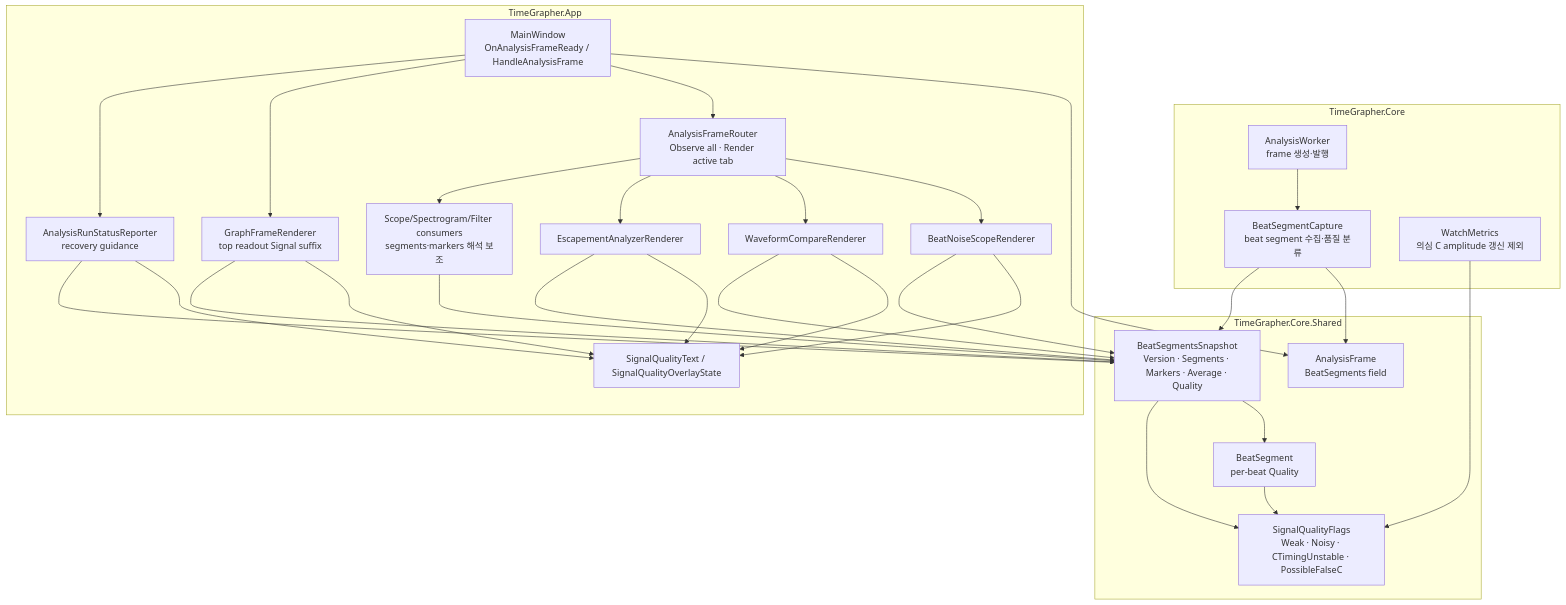
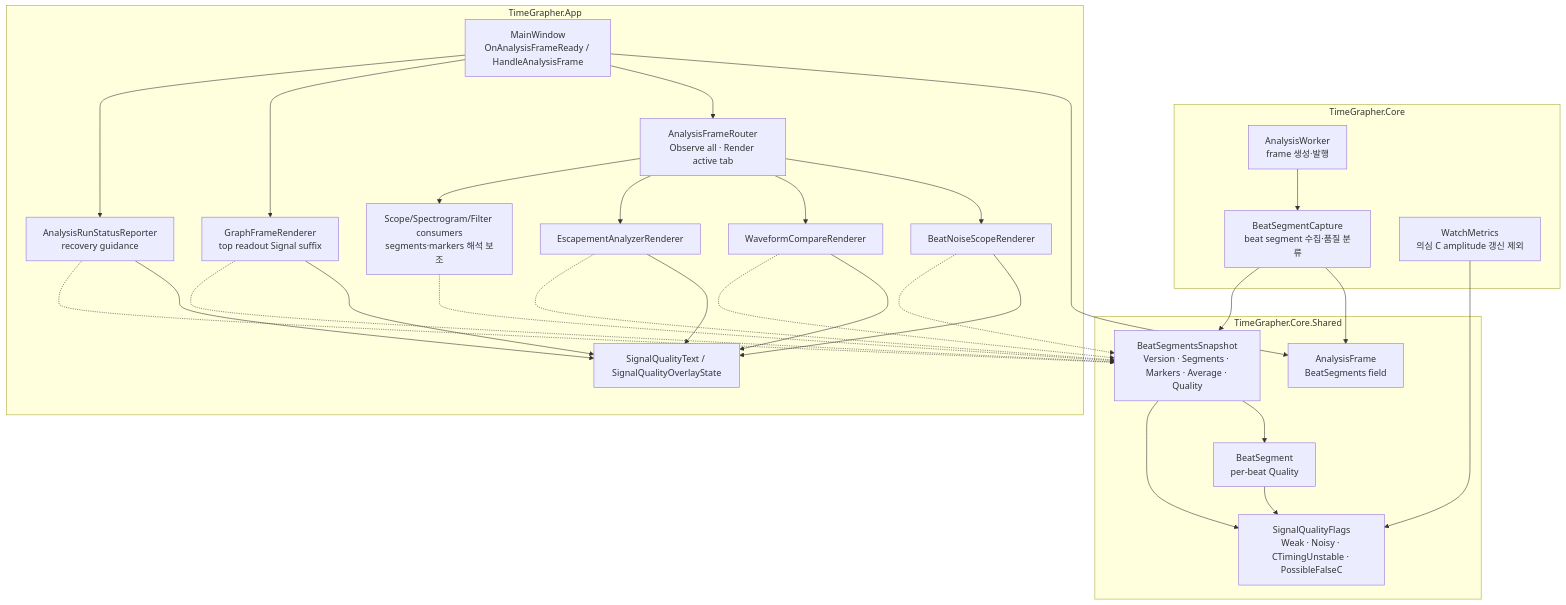
Before and after one commit to Jae-hong-5/TimeGrapher-Net: the first of 2 diagrams in docs/for-ai/SIGNAL_QUALITY_TEST_GUIDE.md, drawn with Mermaid. The commit also changed other lines of this file and 2 other files, not shown here.

First line of the commit message:
docs(signal-quality): clarify BeatSegments diagram notation

````diff
--- a/docs/for-ai/SIGNAL_QUALITY_TEST_GUIDE.md
+++ b/docs/for-ai/SIGNAL_QUALITY_TEST_GUIDE.md
@@ -35,57 +35,57 @@
 ```mermaid
 flowchart TB
     subgraph Core["TimeGrapher.Core"]
         AnalysisWorker["AnalysisWorker<br/>frame 생성·발행"]
         BeatSegmentCapture["BeatSegmentCapture<br/>beat segment 수집·품질 분류"]
         WatchMetrics["WatchMetrics<br/>의심 C amplitude 갱신 제외"]
     end
 
     subgraph Shared["TimeGrapher.Core.Shared"]
         AnalysisFrame["AnalysisFrame<br/>BeatSegments field"]
         BeatSegmentsSnapshot["BeatSegmentsSnapshot<br/>Version · Segments · Markers · Average · Quality"]
         BeatSegment["BeatSegment<br/>per-beat Quality"]
         SignalQualityFlags["SignalQualityFlags<br/>Weak · Noisy · CTimingUnstable · PossibleFalseC"]
     end
 
     subgraph App["TimeGrapher.App"]
         MainWindow["MainWindow<br/>OnAnalysisFrameReady / HandleAnalysisFrame"]
         FrameRouter["AnalysisFrameRouter<br/>Observe all · Render active tab"]
         GraphFrameRenderer["GraphFrameRenderer<br/>top readout Signal suffix"]
         StatusReporter["AnalysisRunStatusReporter<br/>recovery guidance"]
         BeatNoise["BeatNoiseScopeRenderer"]
         WaveformCompare["WaveformCompareRenderer"]
         Escapement["EscapementAnalyzerRenderer"]
         OtherConsumers["Scope/Spectrogram/Filter consumers<br/>segments·markers 해석 보조"]
         SignalText["SignalQualityText / SignalQualityOverlayState"]
     end
 
     AnalysisWorker --> BeatSegmentCapture
     BeatSegmentCapture --> AnalysisFrame
     BeatSegmentCapture --> BeatSegmentsSnapshot
     BeatSegmentsSnapshot --> BeatSegment
     BeatSegmentsSnapshot --> SignalQualityFlags
     BeatSegment --> SignalQualityFlags
     WatchMetrics --> SignalQualityFlags
 
     MainWindow --> AnalysisFrame
     MainWindow --> FrameRouter
     MainWindow --> GraphFrameRenderer
     MainWindow --> StatusReporter
     FrameRouter --> BeatNoise
     FrameRouter --> WaveformCompare
     FrameRouter --> Escapement
     FrameRouter --> OtherConsumers
 
     GraphFrameRenderer --> SignalText
     StatusReporter --> SignalText
     BeatNoise --> SignalText
     WaveformCompare --> SignalText
     Escapement --> SignalText
 
-    GraphFrameRenderer --> BeatSegmentsSnapshot
-    StatusReporter --> BeatSegmentsSnapshot
-    BeatNoise --> BeatSegmentsSnapshot
-    WaveformCompare --> BeatSegmentsSnapshot
-    Escapement --> BeatSegmentsSnapshot
-    OtherConsumers --> BeatSegmentsSnapshot
+    GraphFrameRenderer -.-> BeatSegmentsSnapshot
+    StatusReporter -.-> BeatSegmentsSnapshot
+    BeatNoise -.-> BeatSegmentsSnapshot
+    WaveformCompare -.-> BeatSegmentsSnapshot
+    Escapement -.-> BeatSegmentsSnapshot
+    OtherConsumers -.-> BeatSegmentsSnapshot
 ```
````
